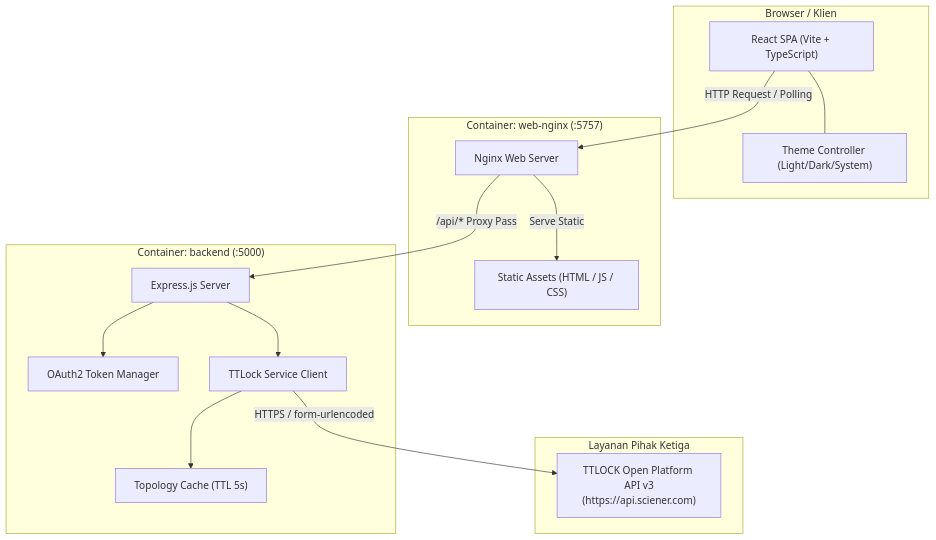
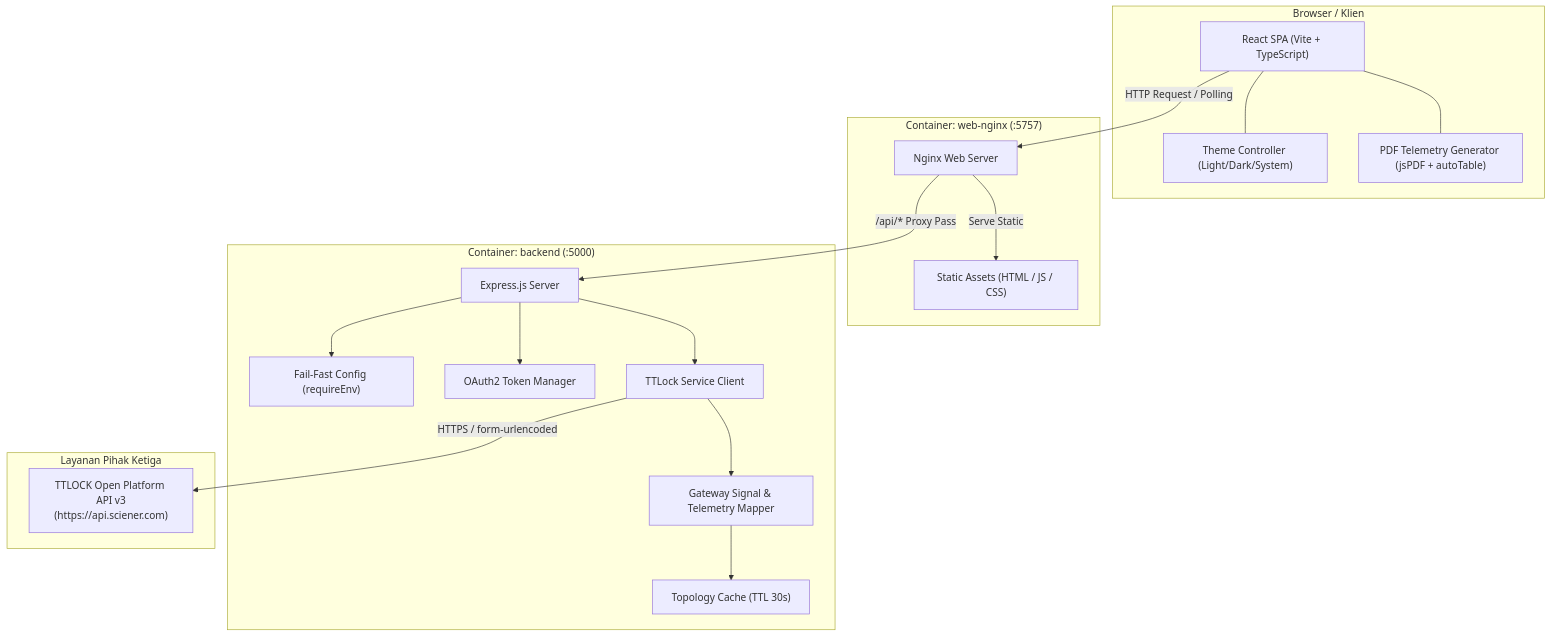
Before and after one commit to helmipradita/ttlock-dashboard: the first of 7 diagrams in docs/ARCHITECTURE.md, drawn with Mermaid. The commit also changed other lines of this file and 37 other files, not shown here.

````diff
--- a/docs/ARCHITECTURE.md
+++ b/docs/ARCHITECTURE.md
@@ -11,33 +11,39 @@
 ```mermaid
 graph TB
     subgraph Klien["Browser / Klien"]
         SPA["React SPA (Vite + TypeScript)"]
         ThemeCtrl["Theme Controller (Light/Dark/System)"]
+        PdfGen["PDF Telemetry Generator (jsPDF + autoTable)"]
         SPA --- ThemeCtrl
+        SPA --- PdfGen
     end
 
     subgraph ContainerProxy["Container: web-nginx (:5757)"]
         NginxProxy["Nginx Web Server"]
         StaticDist["Static Assets (HTML / JS / CSS)"]
         NginxProxy -->|"Serve Static"| StaticDist
     end
 
     subgraph ContainerBackend["Container: backend (:5000)"]
         ExpressApp["Express.js Server"]
+        ConfigFailFast["Fail-Fast Config (requireEnv)"]
         AuthService["OAuth2 Token Manager"]
         LockService["TTLock Service Client"]
-        TopoCache["Topology Cache (TTL 5s)"]
+        SignalMapper["Gateway Signal & Telemetry Mapper"]
+        TopoCache["Topology Cache (TTL 30s)"]
 
+        ExpressApp --> ConfigFailFast
         ExpressApp --> AuthService
         ExpressApp --> LockService
-        LockService --> TopoCache
+        LockService --> SignalMapper
+        SignalMapper --> TopoCache
     end
 
     subgraph External["Layanan Pihak Ketiga"]
         TTLockCloud["TTLOCK Open Platform API v3<br/>(https://api.sciener.com)"]
     end
 
     SPA -->|"HTTP Request / Polling"| NginxProxy
     NginxProxy -->|"/api/* Proxy Pass"| ExpressApp
     LockService -->|"HTTPS / form-urlencoded"| TTLockCloud
 ```
````
